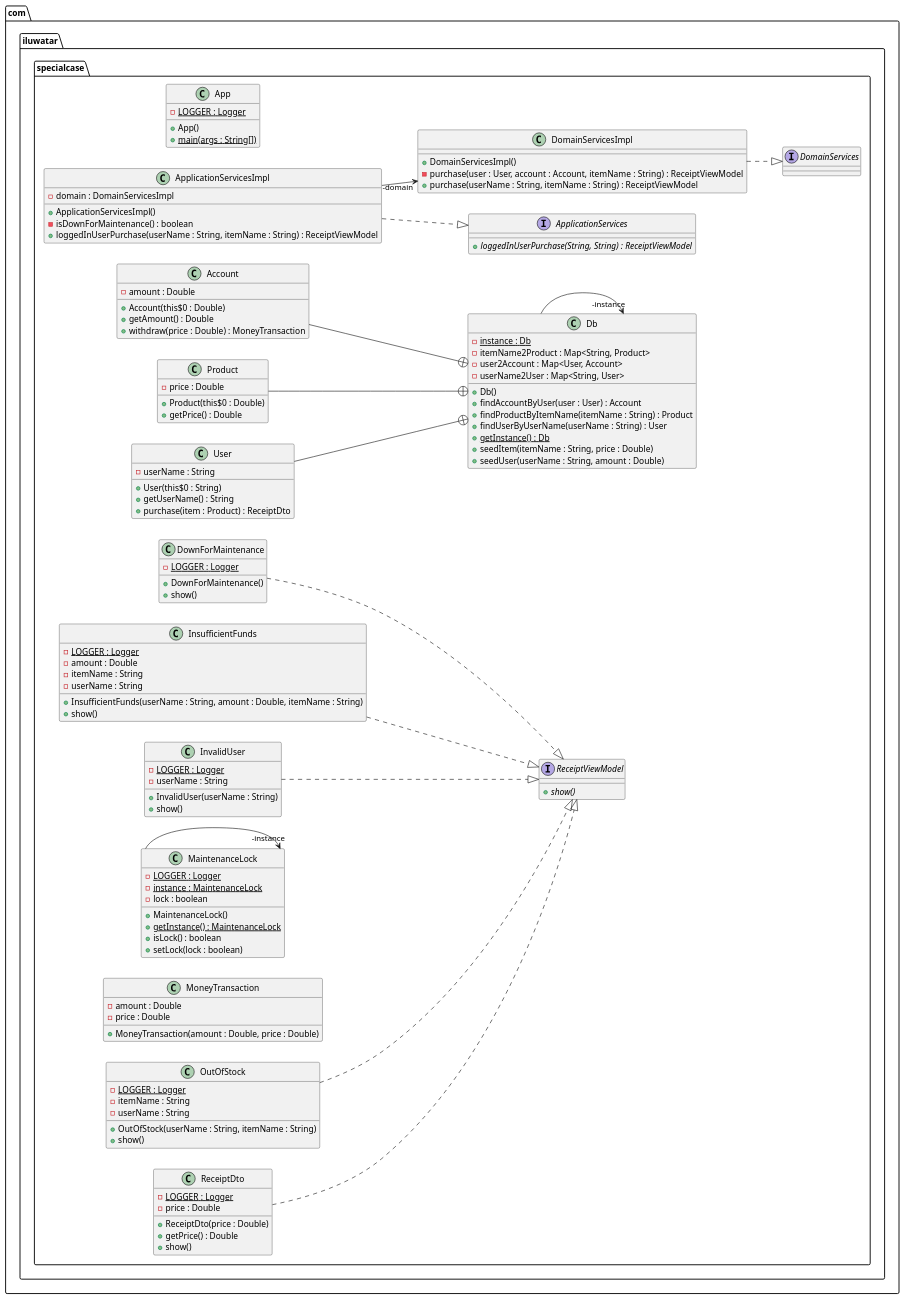
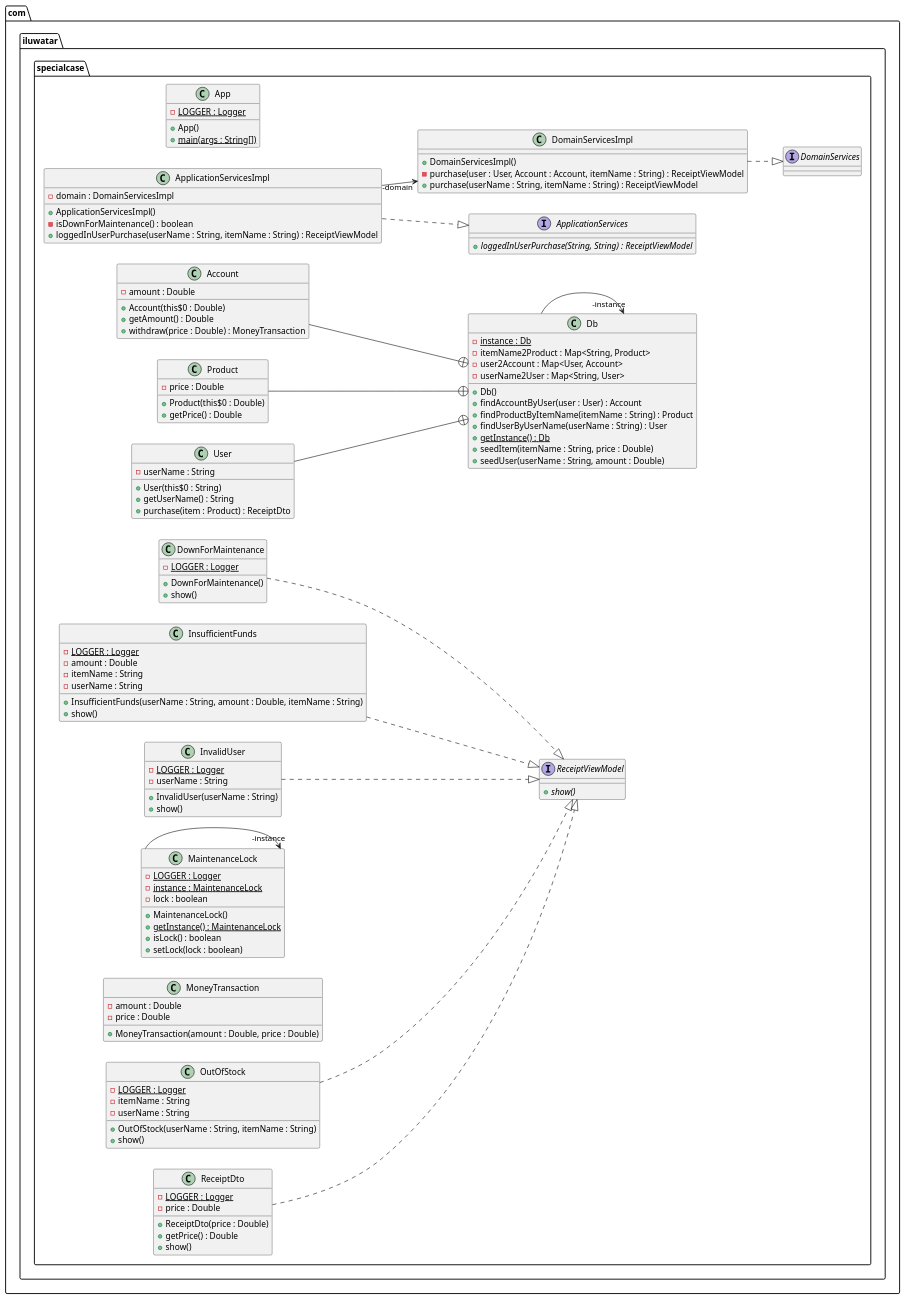
One commit to iluwatar/java-design-patterns changed the diagram in special-case/etc/special-case.urm.puml. Above: the diagram before and after it, drawn with PlantUML. The commit also changed 17 other files, not shown here.

```diff
--- a/special-case/etc/special-case.urm.puml
+++ b/special-case/etc/special-case.urm.puml
@@ -1,119 +1,119 @@
 @startuml
 left to right direction
 package com.iluwatar.specialcase {
   class App {
     - LOGGER : Logger {static}
     + App()
     + main(args : String[]) {static}
   }
   interface ApplicationServices {
     + loggedInUserPurchase(String, String) : ReceiptViewModel {abstract}
   }
   class ApplicationServicesImpl {
     - domain : DomainServicesImpl
     + ApplicationServicesImpl()
     - isDownForMaintenance() : boolean
     + loggedInUserPurchase(userName : String, itemName : String) : ReceiptViewModel
   }
   class Db {
     - instance : Db {static}
     - itemName2Product : Map<String, Product>
     - user2Account : Map<User, Account>
     - userName2User : Map<String, User>
     + Db()
     + findAccountByUser(user : User) : Account
     + findProductByItemName(itemName : String) : Product
     + findUserByUserName(userName : String) : User
     + getInstance() : Db {static}
     + seedItem(itemName : String, price : Double)
     + seedUser(userName : String, amount : Double)
   }
   class Account {
     - amount : Double
     + Account(this$0 : Double)
     + getAmount() : Double
     + withdraw(price : Double) : MoneyTransaction
   }
   class Product {
     - price : Double
     + Product(this$0 : Double)
     + getPrice() : Double
   }
   class User {
     - userName : String
     + User(this$0 : String)
     + getUserName() : String
     + purchase(item : Product) : ReceiptDto
   }
   interface DomainServices {
   }
   class DomainServicesImpl {
     + DomainServicesImpl()
-    - purchase(user : User, account : Account, itemName : String) : ReceiptViewModel
+    - purchase(user : User, Account : Account, itemName : String) : ReceiptViewModel
     + purchase(userName : String, itemName : String) : ReceiptViewModel
   }
   class DownForMaintenance {
     - LOGGER : Logger {static}
     + DownForMaintenance()
     + show()
   }
   class InsufficientFunds {
     - LOGGER : Logger {static}
     - amount : Double
     - itemName : String
     - userName : String
     + InsufficientFunds(userName : String, amount : Double, itemName : String)
     + show()
   }
   class InvalidUser {
     - LOGGER : Logger {static}
     - userName : String
     + InvalidUser(userName : String)
     + show()
   }
   class MaintenanceLock {
     - LOGGER : Logger {static}
     - instance : MaintenanceLock {static}
     - lock : boolean
     + MaintenanceLock()
     + getInstance() : MaintenanceLock {static}
     + isLock() : boolean
     + setLock(lock : boolean)
   }
   class MoneyTransaction {
     - amount : Double
     - price : Double
     + MoneyTransaction(amount : Double, price : Double)
   }
   class OutOfStock {
     - LOGGER : Logger {static}
     - itemName : String
     - userName : String
     + OutOfStock(userName : String, itemName : String)
     + show()
   }
   class ReceiptDto {
     - LOGGER : Logger {static}
     - price : Double
     + ReceiptDto(price : Double)
     + getPrice() : Double
     + show()
   }
   interface ReceiptViewModel {
     + show() {abstract}
   }
 }
 User --+ Db
 Product --+ Db
 MaintenanceLock -->  "-instance" MaintenanceLock
 Db -->  "-instance" Db
 ApplicationServicesImpl -->  "-domain" DomainServicesImpl
 Account --+ Db
 ApplicationServicesImpl ..|> ApplicationServices 
 DomainServicesImpl ..|> DomainServices 
 DownForMaintenance ..|> ReceiptViewModel 
 InsufficientFunds ..|> ReceiptViewModel 
 InvalidUser ..|> ReceiptViewModel 
 OutOfStock ..|> ReceiptViewModel 
 ReceiptDto ..|> ReceiptViewModel 
 @enduml
```
